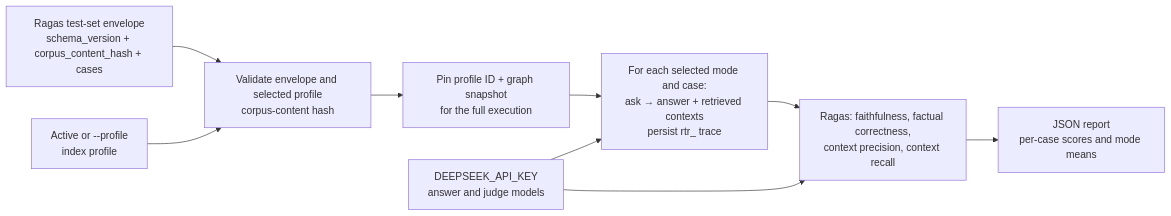
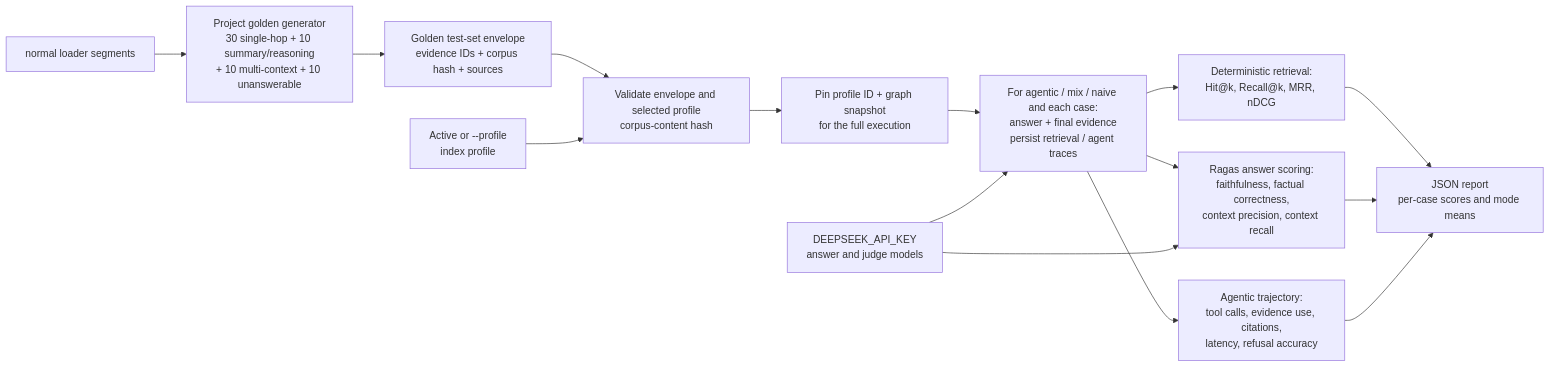
The fourth of 4 diagrams in docs/architecture.md (asdukw/agentic-rag), drawn with Mermaid before and after one commit. The commit also changed other lines of this file and 16 other files, not shown here.

````diff
--- a/docs/architecture.md
+++ b/docs/architecture.md
@@ -227,11 +227,17 @@
 ```mermaid
 flowchart LR
-    T["Ragas test-set envelope\nschema_version + corpus_content_hash + cases"] --> V["Validate envelope and selected profile\ncorpus-content hash"]
+    C["normal loader segments"] --> G["Project golden generator\n30 single-hop + 10 summary/reasoning\n+ 10 multi-context + 10 unanswerable"]
+    G --> T["Golden test-set envelope\nevidence IDs + corpus hash + sources"]
+    T --> V["Validate envelope and selected profile\ncorpus-content hash"]
     P["Active or --profile\nindex profile"] --> V
     V --> Pin["Pin profile ID + graph snapshot\nfor the full execution"]
-    Pin --> Ask["For each selected mode and case:\nask → answer + retrieved contexts\npersist rtr_ trace"]
-    Ask --> Score["Ragas: faithfulness, factual correctness,\ncontext precision, context recall"]
+    Pin --> Ask["For agentic / mix / naive and each case:\nanswer + final evidence\npersist retrieval / agent traces"]
+    Ask --> IR["Deterministic retrieval:\nHit@k, Recall@k, MRR, nDCG"]
+    Ask --> Score["Ragas answer scoring:\nfaithfulness, factual correctness,\ncontext precision, context recall"]
+    Ask --> Agent["Agentic trajectory:\ntool calls, evidence use, citations,\nlatency, refusal accuracy"]
     Key["DEEPSEEK_API_KEY\nanswer and judge models"] --> Ask
     Key --> Score
-    Score --> R["JSON report\nper-case scores and mode means"]
+    IR --> R["JSON report\nper-case scores and mode means"]
+    Score --> R
+    Agent --> R
 ```
````
